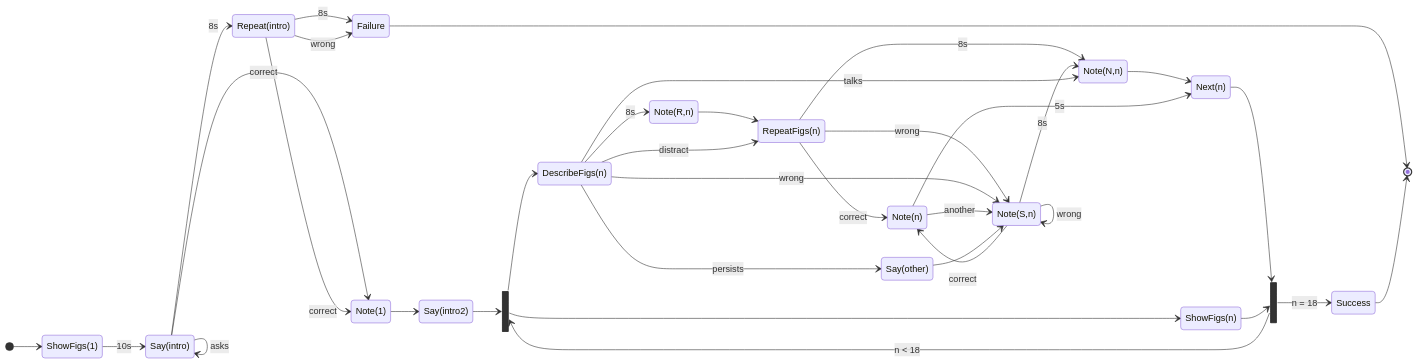
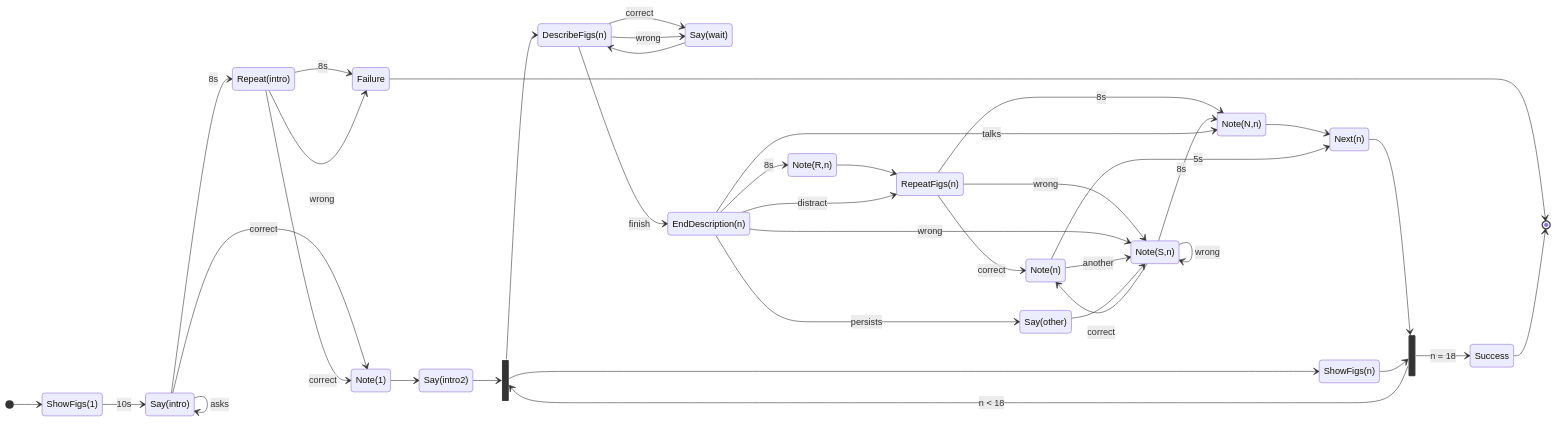
One commit to pstlab/RESTART changed the first of 11 diagrams in rules/README.md. Above: the diagram before and after it, drawn with Mermaid.

````diff
--- a/rules/README.md
+++ b/rules/README.md
@@ -3,40 +3,44 @@
 ```mermaid
 stateDiagram-v2
     direction LR
     [*] --> ShowFigs(1)
     ShowFigs(1) --> Say(intro): 10s
     Say(intro) --> Note(1): correct
     Say(intro) --> Repeat(intro): 8s
     Say(intro) --> Say(intro): asks
     Repeat(intro) --> Failure: 8s
     Failure --> [*]
     Repeat(intro) --> Note(1): correct
     Repeat(intro) --> Failure: wrong
     Note(1) --> Say(intro2)
     state fork_state <<fork>>
     Say(intro2) --> fork_state
     fork_state --> ShowFigs(n)
     fork_state --> DescribeFigs(n)
-    DescribeFigs(n) --> Note(R,n): 8s
+    DescribeFigs(n) --> Say(wait): correct
+    DescribeFigs(n) --> Say(wait): wrong
+    Say(wait) --> DescribeFigs(n)
+    DescribeFigs(n) --> EndDescription(n): finish
+    EndDescription(n) --> Note(R,n): 8s
     Note(R,n) --> RepeatFigs(n)
     RepeatFigs(n) --> Note(N,n): 8s
     RepeatFigs(n) --> Note(n): correct
     RepeatFigs(n) --> Note(S,n): wrong
     Note(N,n) --> Next(n)
     state join_state <<join>>
     Next(n) --> join_state
     ShowFigs(n) --> join_state
     join_state --> fork_state: n < 18
     join_state --> Success: n = 18
     Success --> [*]
-    DescribeFigs(n) --> Note(S,n): wrong
+    EndDescription(n) --> Note(S,n): wrong
     Note(S,n) --> Note(N,n): 8s
     Note(S,n) --> Note(S,n): wrong
     Note(S,n) --> Note(n): correct
     Note(n) --> Next(n): 5s
     Note(n) --> Note(S,n): another
-    DescribeFigs(n) --> Note(N,n): talks
-    DescribeFigs(n) --> Say(other): persists
+    EndDescription(n) --> Note(N,n): talks
+    EndDescription(n) --> Say(other): persists
     Say(other) --> Note(S,n)
-    DescribeFigs(n) --> RepeatFigs(n): distract
+    EndDescription(n) --> RepeatFigs(n): distract
 ```
````
